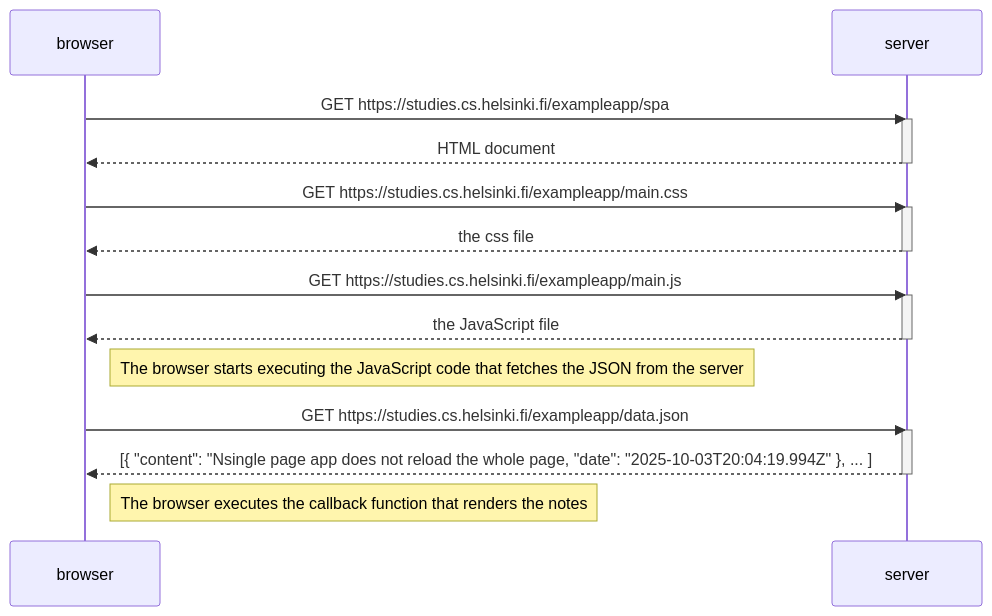
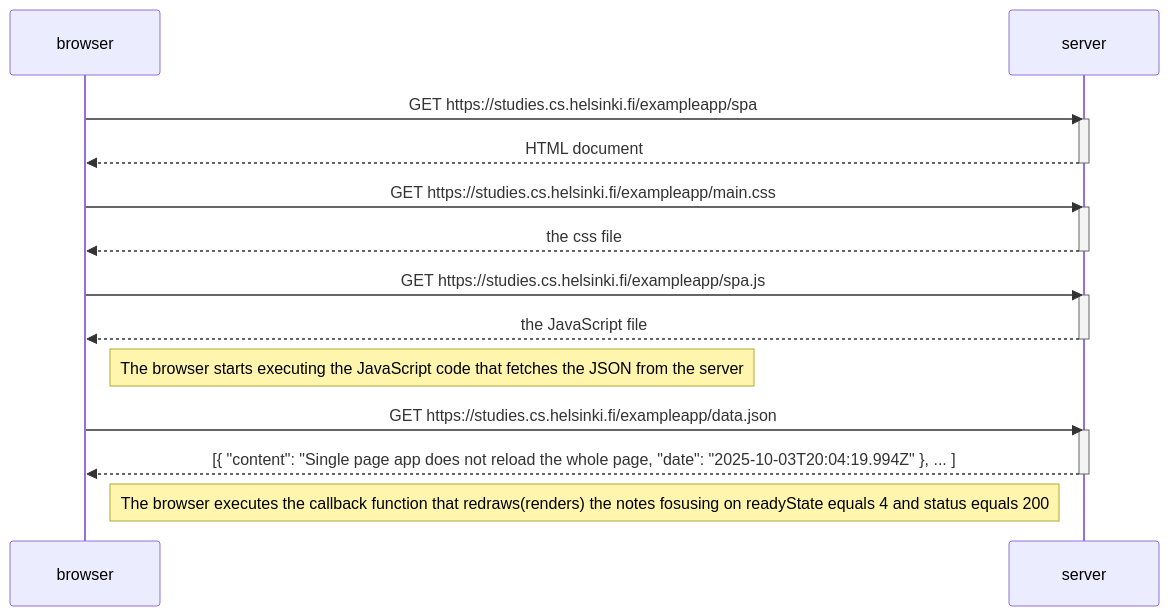
Before and after one commit to gangya/fullstackopen: the diagram in part0/05Singlepageappdiagram.md, drawn with Mermaid.

Commit message:
Change to 05Singlepageappdiagram.md diagram file. sending to remote repository

````diff
--- a/part0/05Singlepageappdiagram.md
+++ b/part0/05Singlepageappdiagram.md
@@ -1,30 +1,30 @@
 ```mermaid
 
 sequenceDiagram
 
     participant browser
     participant server
     
     browser ->> server: GET https://studies.cs.helsinki.fi/exampleapp/spa
     activate server
     server-->>browser: HTML document
     deactivate server
 
     browser->>server: GET https://studies.cs.helsinki.fi/exampleapp/main.css
     activate server
     server-->>browser: the css file
     deactivate server
 
-    browser->>server: GET https://studies.cs.helsinki.fi/exampleapp/main.js
+    browser->>server: GET https://studies.cs.helsinki.fi/exampleapp/spa.js
     activate server
     server-->>browser: the JavaScript file
     deactivate server
 
     Note right of browser: The browser starts executing the JavaScript code that fetches the JSON from the server
     browser->>server: GET https://studies.cs.helsinki.fi/exampleapp/data.json
     activate server
-    server-->>browser: [{ "content": "Nsingle page app does not reload the whole page, "date": "2025-10-03T20:04:19.994Z" }, ... ]
+    server-->>browser: [{ "content": "Single page app does not reload the whole page, "date": "2025-10-03T20:04:19.994Z" }, ... ]
     deactivate server
-    Note right of browser: The browser executes the callback function that renders the notes
+    Note right of browser: The browser executes the callback function that redraws(renders) the notes fosusing on readyState equals 4 and status equals 200  
     
 ```
````
